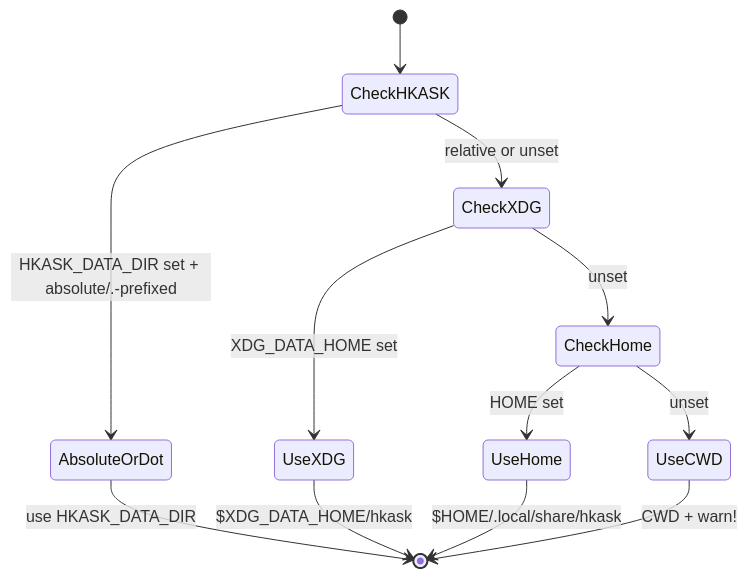
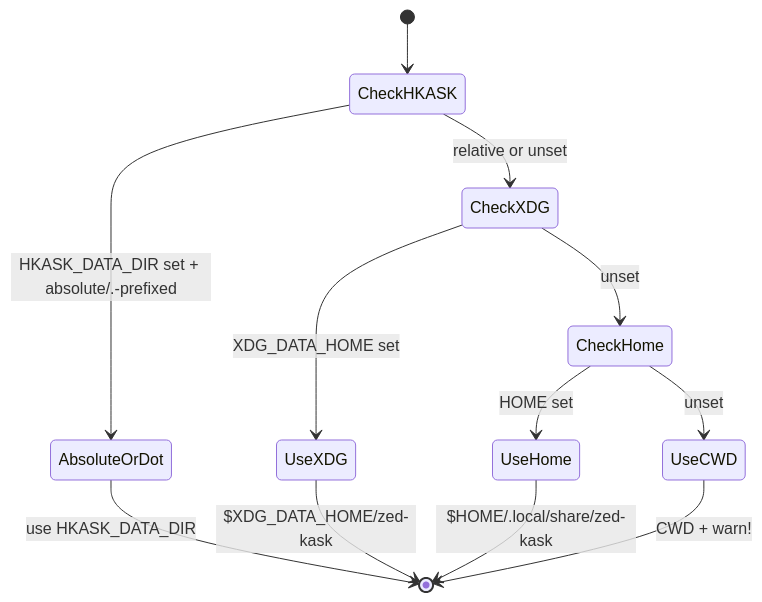
The first of 2 diagrams in kask/docs/diataxis/hkask-types/explanation.md (mdz-axo/zed-kask), drawn with Mermaid before and after one commit. The commit also changed other lines of this file and 41 other files, not shown here.

````diff
--- a/kask/docs/diataxis/hkask-types/explanation.md
+++ b/kask/docs/diataxis/hkask-types/explanation.md
@@ -92,14 +97,14 @@
 ```mermaid
 stateDiagram-v2
     [*] --> CheckHKASK
     CheckHKASK --> AbsoluteOrDot: HKASK_DATA_DIR set + absolute/.-prefixed
     CheckHKASK --> CheckXDG: relative or unset
     CheckXDG --> UseXDG: XDG_DATA_HOME set
     CheckXDG --> CheckHome: unset
     CheckHome --> UseHome: HOME set
     CheckHome --> UseCWD: unset
     AbsoluteOrDot --> [*]: use HKASK_DATA_DIR
-    UseXDG --> [*]: $XDG_DATA_HOME/hkask
-    UseHome --> [*]: $HOME/.local/share/hkask
+    UseXDG --> [*]: $XDG_DATA_HOME/zed-kask
+    UseHome --> [*]: $HOME/.local/share/zed-kask
     UseCWD --> [*]: CWD + warn!
 ```
````
